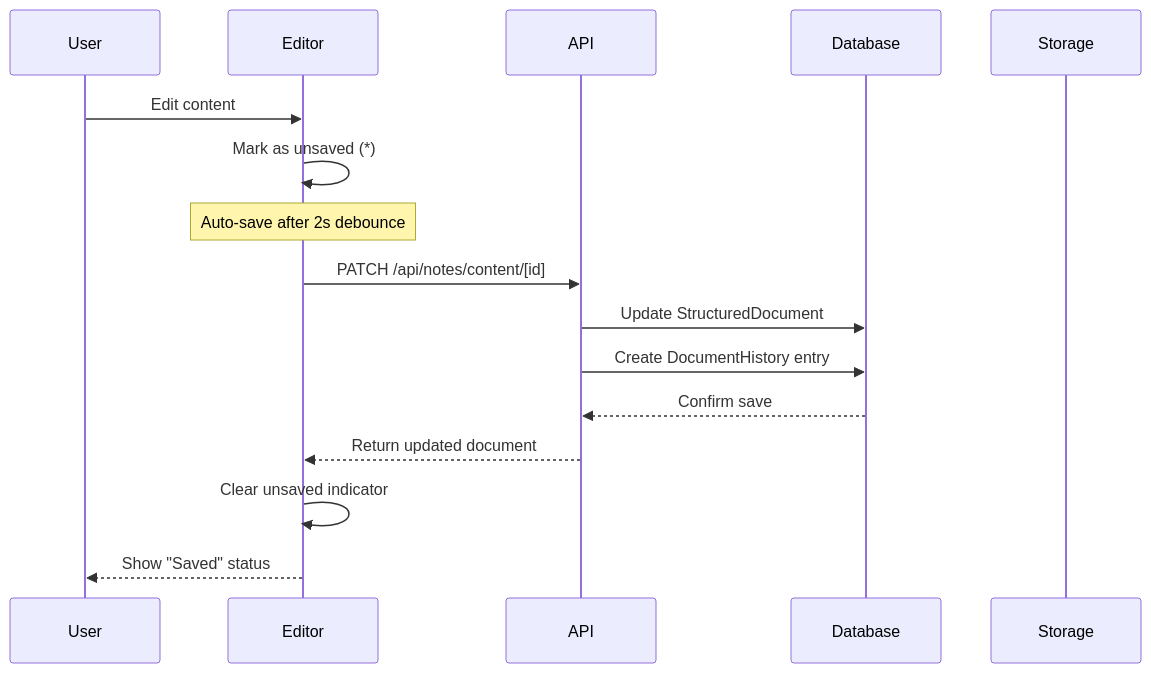
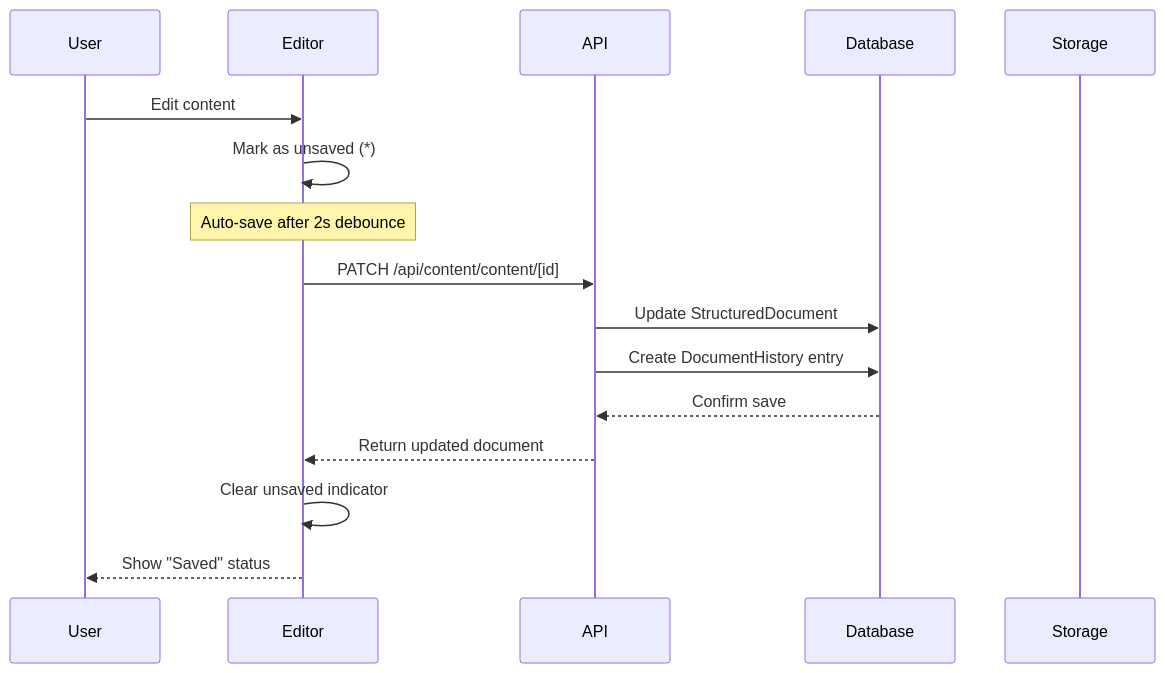
Before and after one commit to CenterValentine/Digital-Garden: the third of 6 diagrams in docs/notes-feature/01-architecture.md, drawn with Mermaid. The commit also changed other lines of this file and 73 other files, not shown here.

First line of the commit message:
docs: Update all documentation for monorepo removal and notes→content rename

````diff
--- a/docs/notes-feature/01-architecture.md
+++ b/docs/notes-feature/01-architecture.md
@@ -197,21 +197,21 @@
 ```mermaid
 sequenceDiagram
     participant User
     participant Editor
     participant API
     participant Database
     participant Storage
 
     User->>Editor: Edit content
     Editor->>Editor: Mark as unsaved (*)
 
     Note over Editor: Auto-save after 2s debounce
 
-    Editor->>API: PATCH /api/notes/content/[id]
+    Editor->>API: PATCH /api/content/content/[id]
     API->>Database: Update StructuredDocument
     API->>Database: Create DocumentHistory entry
     Database-->>API: Confirm save
     API-->>Editor: Return updated document
     Editor->>Editor: Clear unsaved indicator
     Editor-->>User: Show "Saved" status
 ```
````
